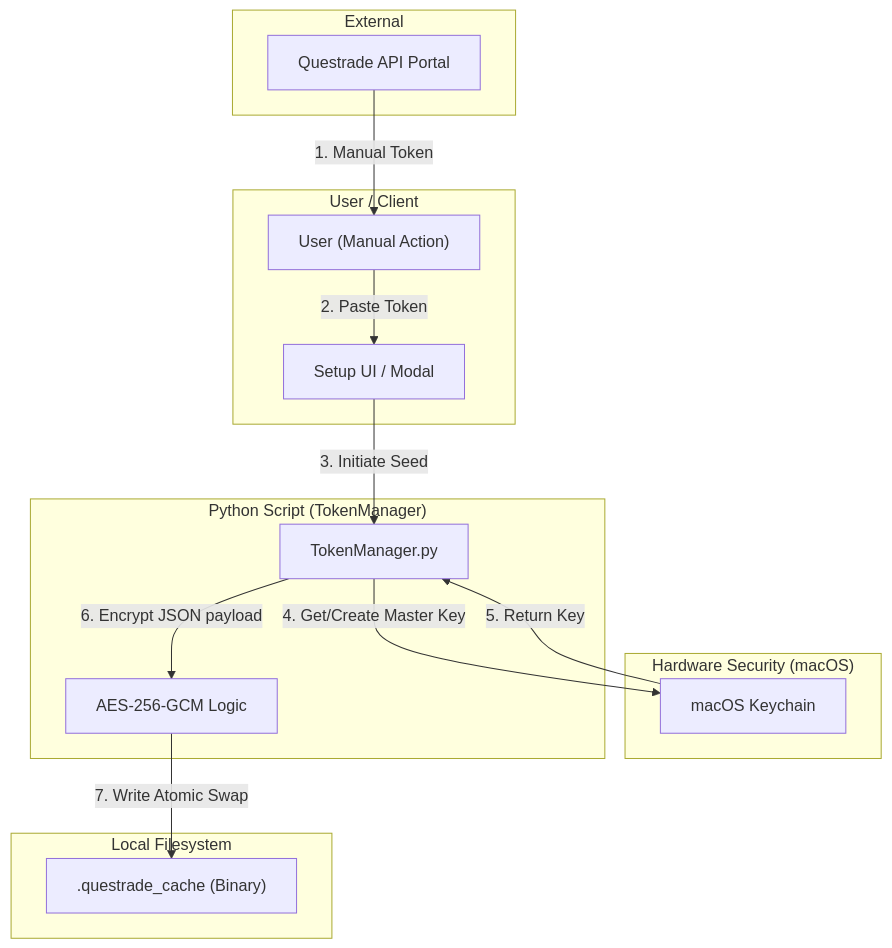
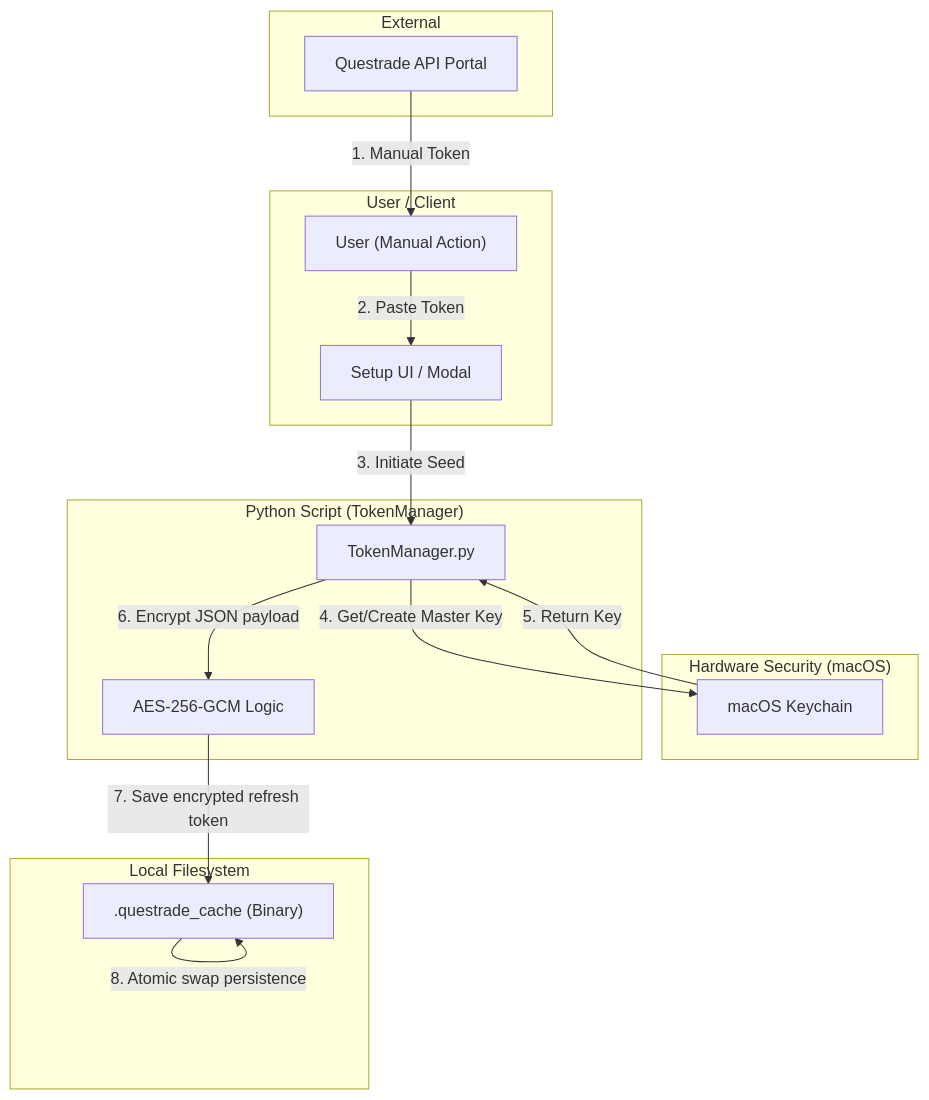
One commit to richfrem/InvestmentToolkit changed the diagram in docs/architecture/Questrade/token_encryption_process.md. Above: the diagram before and after it, drawn with Mermaid. The commit also changed other lines of this file and 12 other files, not shown here.

````diff
--- a/docs/architecture/Questrade/token_encryption_process.md
+++ b/docs/architecture/Questrade/token_encryption_process.md
@@ -16,32 +16,33 @@
 ```mermaid
 graph TD
     subgraph "External"
         QP["Questrade API Portal"]
     end
 
     subgraph "User / Client"
         U["User (Manual Action)"]
         UI["Setup UI / Modal"]
     end
 
     subgraph "Hardware Security (macOS)"
         KC["macOS Keychain"]
     end
 
     subgraph "Python Script (TokenManager)"
         TM["TokenManager.py"]
         AES["AES-256-GCM Logic"]
     end
 
     subgraph "Local Filesystem"
         CF[".questrade_cache (Binary)"]
     end
 
     QP -- "1. Manual Token" --> U
     U -- "2. Paste Token" --> UI
     UI -- "3. Initiate Seed" --> TM
     TM -- "4. Get/Create Master Key" --> KC
     KC -- "5. Return Key" --> TM
     TM -- "6. Encrypt JSON payload" --> AES
-    AES -- "7. Write Atomic Swap" --> CF
+    AES -- "7. Save encrypted refresh token" --> CF
+    CF -- "8. Atomic swap persistence" --> CF
 ```
````
